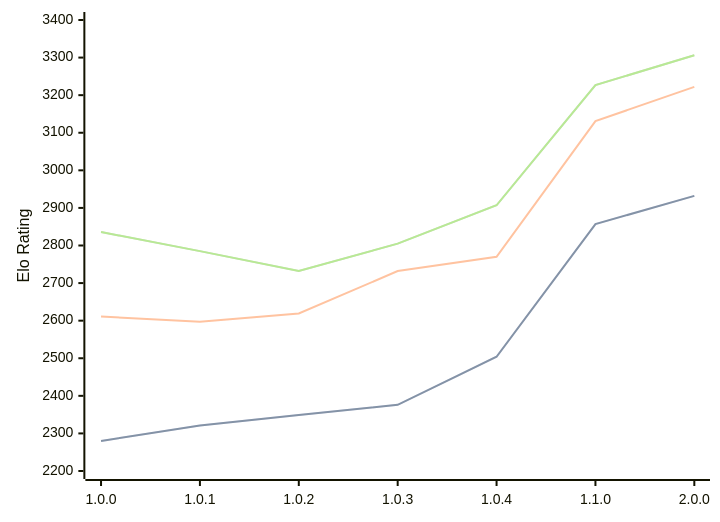
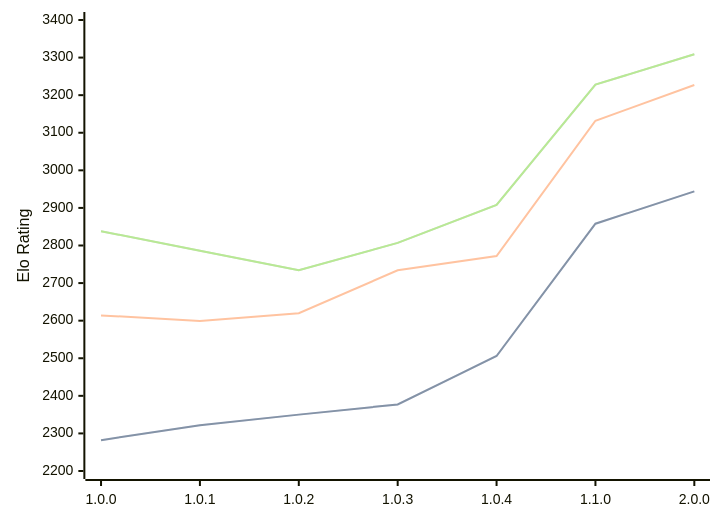
The diagram in engines/Grail.md (computer-chess-index/cci), drawn with Mermaid before and after one commit. The commit also changed other lines of this file, not shown here.

Commit message:
Update CCI Ratings (ELO VLTC) - 2026-05-16

````diff
--- a/engines/Grail.md
+++ b/engines/Grail.md
@@ -37,11 +37,11 @@
 ```mermaid
 %%{init: {"theme":"base","themeVariables":{"seriesColors:['#a3a3a3','#222221','#faa371']}}}%%
 xychart-beta
   x-axis ["1.0.0", "1.0.1", "1.0.2", "1.0.3", "1.0.4", "1.1.0", "2.0.0"]
   y-axis "Elo Rating" 2200 --> 3400
-  line "STC (8.0+0.08s)" [2280, 2321, 2349, 2376, 2504, 2857, 2932]
-  line "STC (8.0+0.08s)" [2280, 2321, 2349, 2376, 2504, 2857, 2932]
-  line "LTC (60.0+0.60s)" [2611, 2597, 2619, 2732, 2770, 3131, 3222]
-  line "VLTC (2m24s+1.12s)" [2836, 2785, 2732, 2805, 2907, 3227, 3306]
-  line "VLTC (2m24s+1.12s)" [2836, 2785, 2732, 2805, 2907, 3227, 3306]
+  line "STC (8.0+0.08s)" [2282, 2322, 2350, 2377, 2506, 2858, 2944]
+  line "STC (8.0+0.08s)" [2282, 2322, 2350, 2377, 2506, 2858, 2944]
+  line "LTC (60.0+0.60s)" [2614, 2599, 2620, 2734, 2772, 3132, 3227]
+  line "VLTC (2m24s+1.12s)" [2838, 2786, 2734, 2807, 2908, 3228, 3309]
+  line "VLTC (2m24s+1.12s)" [2838, 2786, 2734, 2807, 2908, 3228, 3309]
 ```
````
